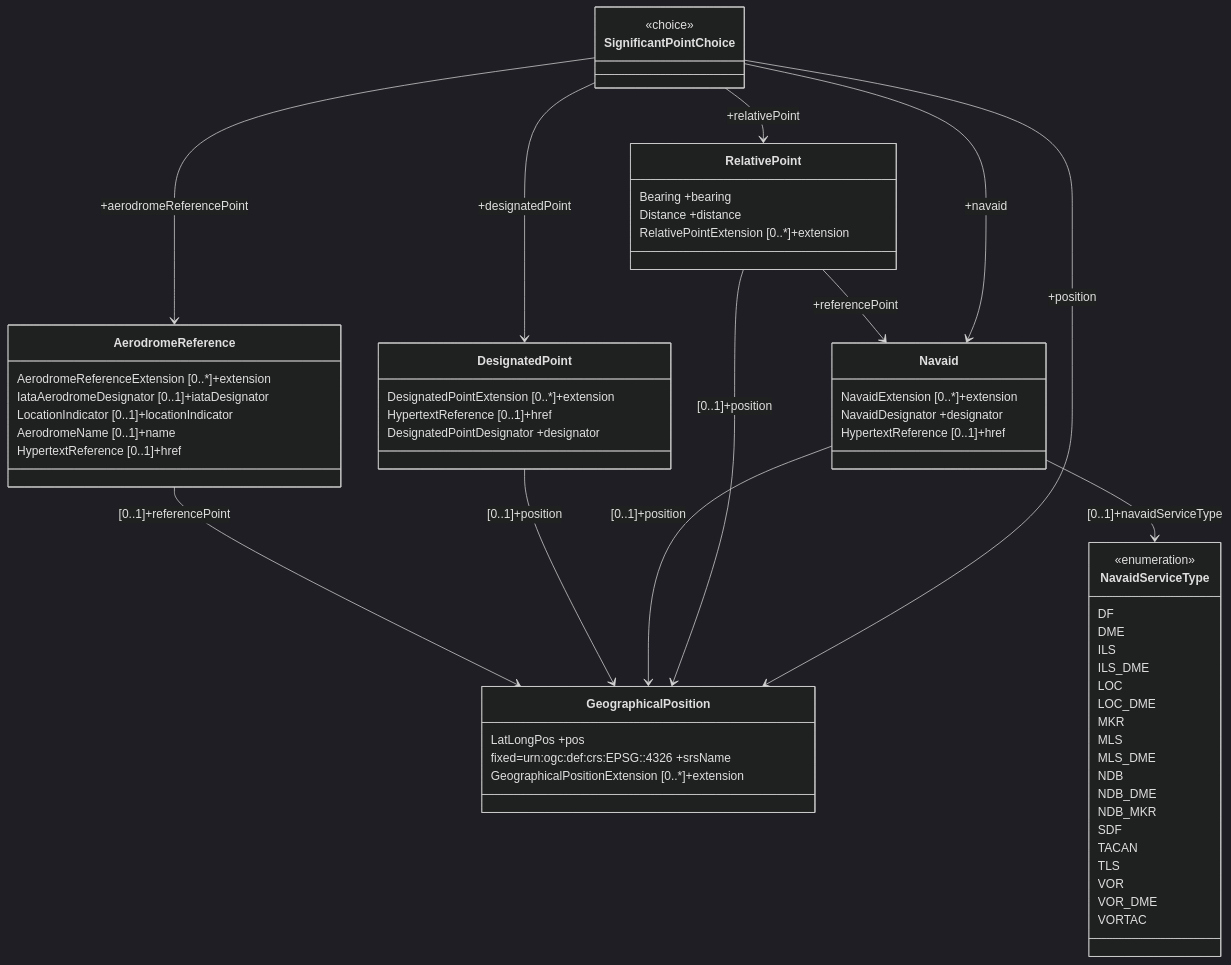
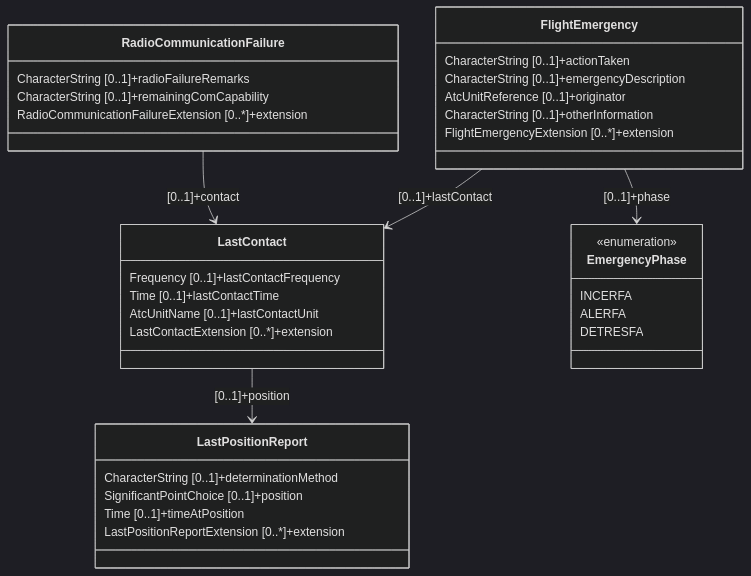
One commit to du-lapin/test_docsify changed diagram 13 of 22 in docs/fixm/FIXM_UML_in_mermaid.md. Above: the diagram before and after it, drawn with Mermaid (dark theme). The commit also changed other lines of this file, not shown here.

````diff
--- a/docs/fixm/FIXM_UML_in_mermaid.md
+++ b/docs/fixm/FIXM_UML_in_mermaid.md
@@ -243,65 +848,37 @@
 ```mermaid
 classDiagram
-class SignificantPointChoice
-<<choice>> SignificantPointChoice
-SignificantPointChoice --> AerodromeReference : +aerodromeReferencePoint
-SignificantPointChoice --> DesignatedPoint : +designatedPoint
-SignificantPointChoice --> Navaid : +navaid
-SignificantPointChoice --> GeographicalPosition : +position
-SignificantPointChoice --> RelativePoint : +relativePoint
-link SignificantPointChoice "https://www.fixm.aero/releases/FIXM-4.2.0/doc/schema_documentation/Fixm_SignificantPointChoiceType.html" "Go to XML definition"
-class RelativePoint
-RelativePoint : Bearing +bearing
-RelativePoint : Distance +distance
-RelativePoint : RelativePointExtension [0..*]+extension
-RelativePoint --> GeographicalPosition : [0..1]+position
-RelativePoint --> Navaid : +referencePoint
-link RelativePoint "https://www.fixm.aero/releases/FIXM-4.2.0/doc/schema_documentation/Fixm_RelativePointType.html" "Go to XML definition"
-class Navaid
-Navaid : NavaidExtension [0..*]+extension
-Navaid : NavaidDesignator +designator
-Navaid : HypertextReference [0..1]+href
-Navaid --> NavaidServiceType : [0..1]+navaidServiceType
-Navaid --> GeographicalPosition : [0..1]+position
-link Navaid "https://www.fixm.aero/releases/FIXM-4.2.0/doc/schema_documentation/Fixm_NavaidType.html" "Go to XML definition"
-class GeographicalPosition
-GeographicalPosition : LatLongPos +pos
-GeographicalPosition : fixed#61;urn#58;ogc#58;def#58;crs#58;EPSG#58;#58;4326 +srsName
-GeographicalPosition : GeographicalPositionExtension [0..*]+extension
-link GeographicalPosition "https://www.fixm.aero/releases/FIXM-4.2.0/doc/schema_documentation/Fixm_GeographicalPositionType.html" "Go to XML definition"
-class DesignatedPoint
-DesignatedPoint : DesignatedPointExtension [0..*]+extension
-DesignatedPoint : HypertextReference [0..1]+href
-DesignatedPoint : DesignatedPointDesignator +designator
-DesignatedPoint --> GeographicalPosition : [0..1]+position
-link DesignatedPoint "https://www.fixm.aero/releases/FIXM-4.2.0/doc/schema_documentation/Fixm_DesignatedPointType.html" "Go to XML definition"
-class AerodromeReference
-AerodromeReference : AerodromeReferenceExtension [0..*]+extension
-AerodromeReference : IataAerodromeDesignator [0..1]+iataDesignator
-AerodromeReference : LocationIndicator [0..1]+locationIndicator
-AerodromeReference : AerodromeName [0..1]+name
-AerodromeReference --> GeographicalPosition : [0..1]+referencePoint
-AerodromeReference : HypertextReference [0..1]+href
-link AerodromeReference "https://www.fixm.aero/releases/FIXM-4.2.0/doc/schema_documentation/Fixm_AerodromeReferenceType.html" "Go to XML definition"
-class NavaidServiceType
-<<enumeration>> NavaidServiceType
-NavaidServiceType : DF
-NavaidServiceType : DME
-NavaidServiceType : ILS
-NavaidServiceType : ILS_DME
-NavaidServiceType : LOC
-NavaidServiceType : LOC_DME
-NavaidServiceType : MKR
-NavaidServiceType : MLS
-NavaidServiceType : MLS_DME
-NavaidServiceType : NDB
-NavaidServiceType : NDB_DME
-NavaidServiceType : NDB_MKR
-NavaidServiceType : SDF
-NavaidServiceType : TACAN
-NavaidServiceType : TLS
-NavaidServiceType : VOR
-NavaidServiceType : VOR_DME
-NavaidServiceType : VORTAC
-link NavaidServiceType "https://www.fixm.aero/releases/FIXM-4.2.0/doc/schema_documentation/Fixm_NavaidServiceTypeType.html" "Go to XML definition"
+class RadioCommunicationFailure
+RadioCommunicationFailure : CharacterString [0..1]+radioFailureRemarks
+RadioCommunicationFailure : CharacterString [0..1]+remainingComCapability
+RadioCommunicationFailure : RadioCommunicationFailureExtension [0..*]+extension
+RadioCommunicationFailure --> LastContact : [0..1]+contact
+link RadioCommunicationFailure "https://www.fixm.aero/releases/FIXM-4.2.0/doc/schema_documentation/Fixm_RadioCommunicationFailureType.html" "Go to XML definition"
+class LastPositionReport
+LastPositionReport : CharacterString [0..1]+determinationMethod
+LastPositionReport : SignificantPointChoice [0..1]+position
+LastPositionReport : Time [0..1]+timeAtPosition
+LastPositionReport : LastPositionReportExtension [0..*]+extension
+link LastPositionReport "https://www.fixm.aero/releases/FIXM-4.2.0/doc/schema_documentation/Fixm_LastPositionReportType.html" "Go to XML definition"
+class LastContact
+LastContact : Frequency [0..1]+lastContactFrequency
+LastContact : Time [0..1]+lastContactTime
+LastContact : AtcUnitName [0..1]+lastContactUnit
+LastContact : LastContactExtension [0..*]+extension
+LastContact --> LastPositionReport : [0..1]+position
+link LastContact "https://www.fixm.aero/releases/FIXM-4.2.0/doc/schema_documentation/Fixm_LastContactType.html" "Go to XML definition"
+class EmergencyPhase
+<<enumeration>> EmergencyPhase
+EmergencyPhase : INCERFA
+EmergencyPhase : ALERFA
+EmergencyPhase : DETRESFA
+link EmergencyPhase "https://www.fixm.aero/releases/FIXM-4.2.0/doc/schema_documentation/Fixm_EmergencyPhaseType.html" "Go to XML definition"
+class FlightEmergency
+FlightEmergency : CharacterString [0..1]+actionTaken
+FlightEmergency : CharacterString [0..1]+emergencyDescription
+FlightEmergency : AtcUnitReference [0..1]+originator
+FlightEmergency : CharacterString [0..1]+otherInformation
+FlightEmergency : FlightEmergencyExtension [0..*]+extension
+FlightEmergency --> LastContact : [0..1]+lastContact
+FlightEmergency --> EmergencyPhase : [0..1]+phase
+link FlightEmergency "https://www.fixm.aero/releases/FIXM-4.2.0/doc/schema_documentation/Fixm_FlightEmergencyType.html" "Go to XML definition"
 ```
````
